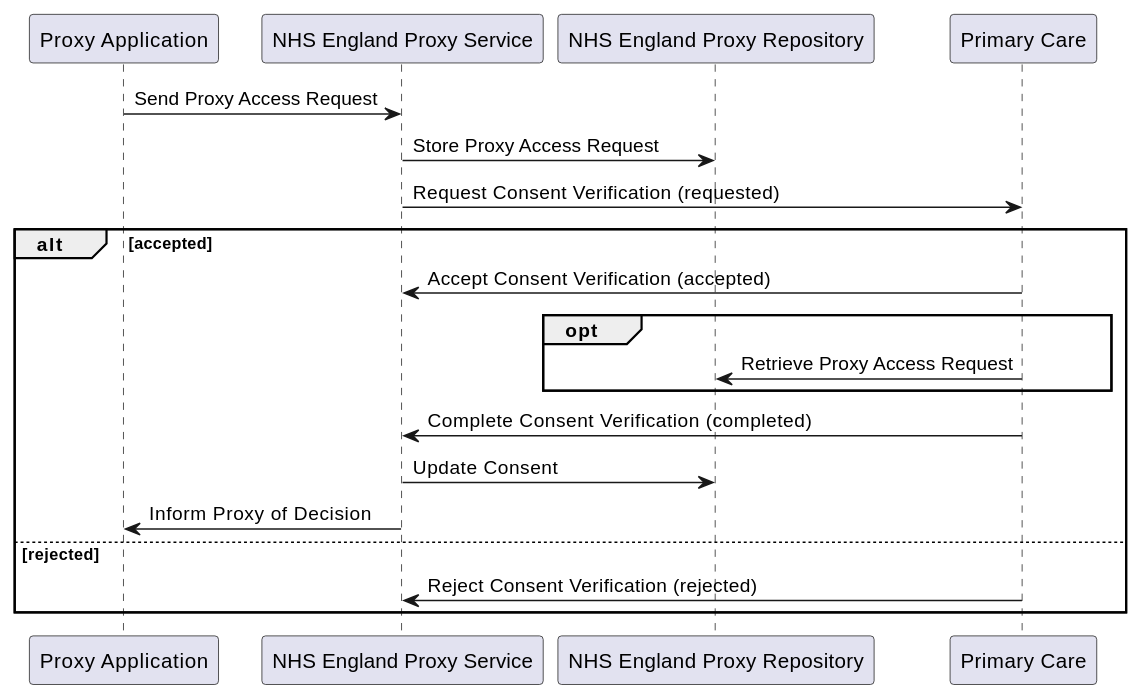
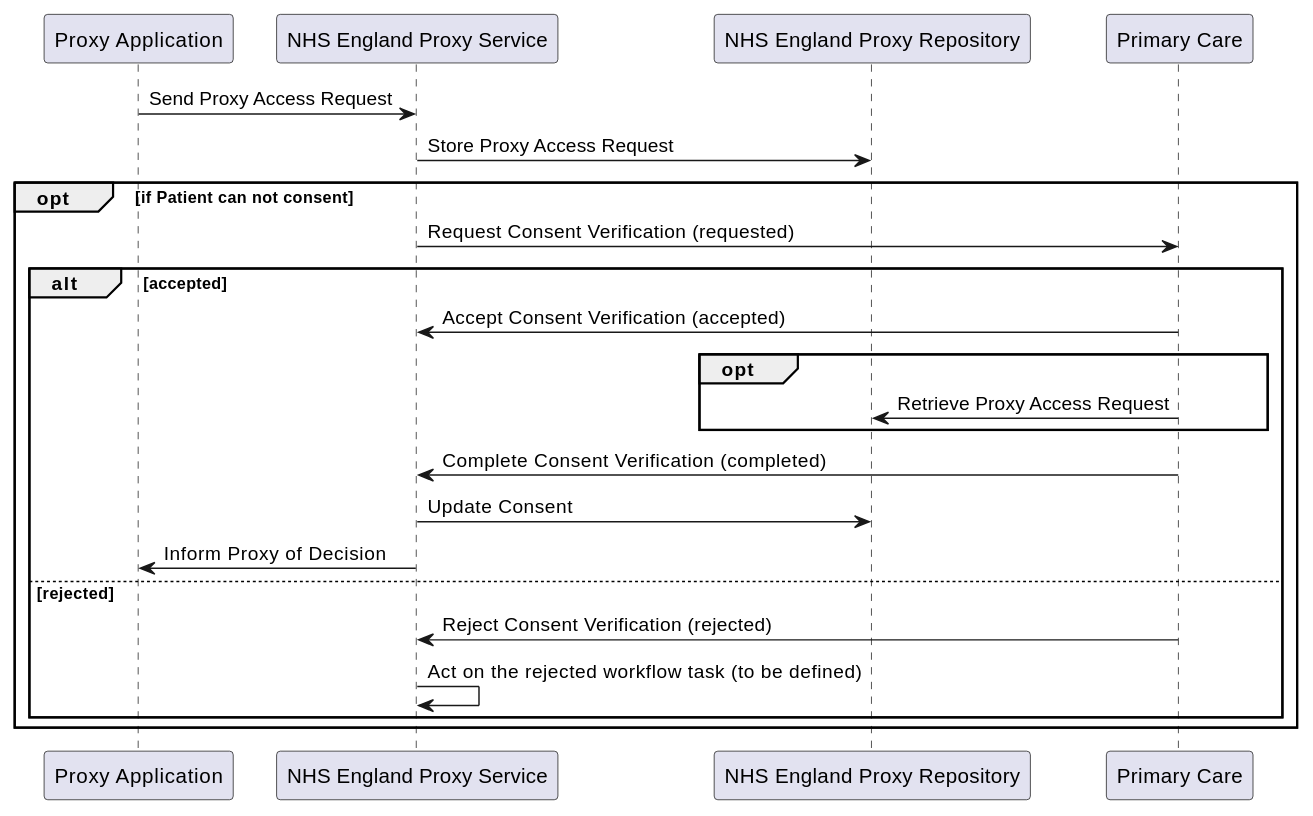
One commit to NHSDigital/IOPS-FHIR-Simplifier-Backup changed the diagram in NHSEnglandProgrammeImplementationGuides/backup/guides/National-Proxy-Service/Home/Design/Scenario-Request-Access-and-Create-a-Relationship/Index.page.md. Above: the diagram before and after it, drawn with PlantUML. The commit also changed 26 other files, not shown here.

```diff
--- a/NHSEnglandProgrammeImplementationGuides/backup/guides/National-Proxy-Service/Home/Design/Scenario-Request-Access-and-Create-a-Relationship/Index.page.md
+++ b/NHSEnglandProgrammeImplementationGuides/backup/guides/National-Proxy-Service/Home/Design/Scenario-Request-Access-and-Create-a-Relationship/Index.page.md
@@ -17,23 +17,26 @@
 @startuml
 
 participant proxy as "Proxy Application"
 participant service as "NHS England Proxy Service"
 participant repository as "NHS England Proxy Repository"
 participant gp as "Primary Care"
 
 proxy -> service : Send Proxy Access Request
 service -> repository: Store Proxy Access Request
+opt if Patient can not consent
 service -> gp: Request Consent Verification (requested)
 alt accepted 
 gp -> service : Accept Consent Verification (accepted)
 opt
   gp -> repository: Retrieve Proxy Access Request
 end 
 gp -> service : Complete Consent Verification (completed)
 service -> repository: Update Consent
 service -> proxy : Inform Proxy of Decision
 else rejected
 gp -> service : Reject Consent Verification (rejected)
+service -> service : Act on the rejected workflow task (to be defined)
 end 
+end
 
 @enduml
```
